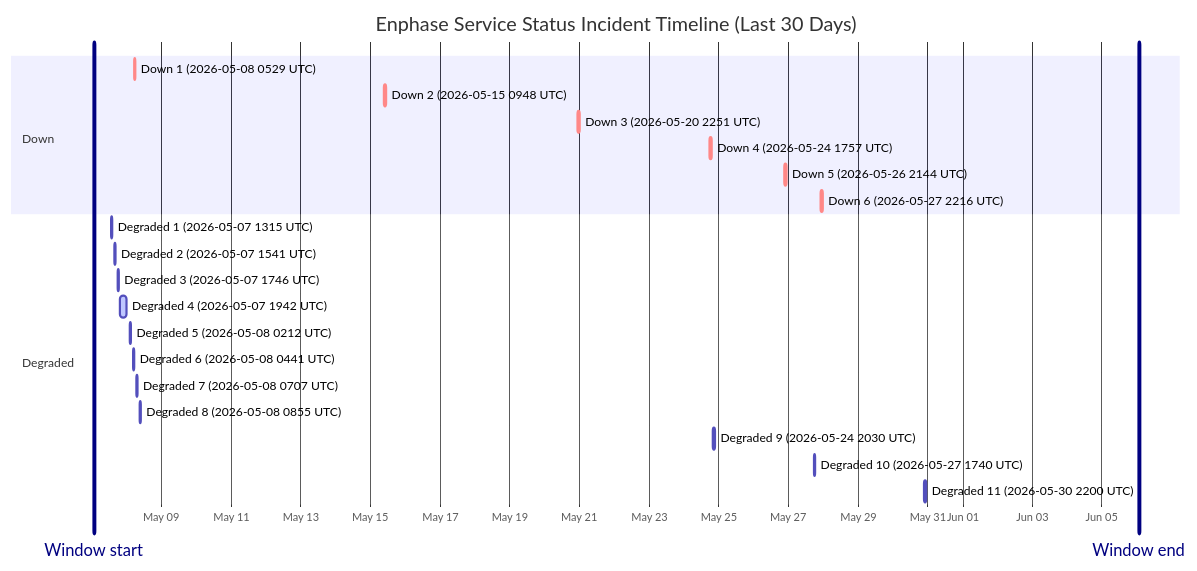
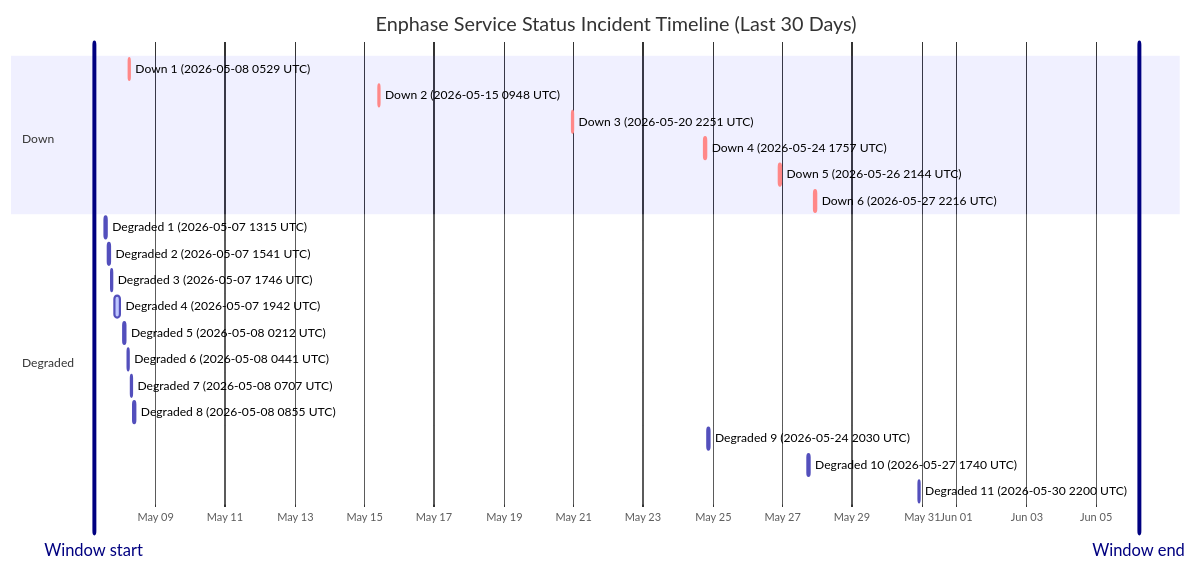
Before and after one commit to barneyonline/ha-enphase-energy: the diagram in wiki/Service-Status-History.md, drawn with Mermaid. The commit also changed other lines of this file and 3 other files, not shown here.

````diff
--- a/wiki/Service-Status-History.md
+++ b/wiki/Service-Status-History.md
@@ -14,27 +14,27 @@
 ```mermaid
 gantt
     title Enphase Service Status Incident Timeline (Last 30 Days)
     dateFormat  YYYY-MM-DDTHH:mm:ss
     axisFormat  %b %d
-    Window start :vert, window-start, 2026-05-07T01:27:50, 0ms
-    Window end :vert, window-end, 2026-06-06T01:27:50, 0ms
+    Window start :vert, window-start, 2026-05-07T05:32:11, 0ms
+    Window end :vert, window-end, 2026-06-06T05:32:11, 0ms
     section Down
     Down 1 (2026-05-08 0529 UTC) :crit, down-1, 2026-05-08T05:29:47, 60m
     Down 2 (2026-05-15 0948 UTC) :crit, down-2, 2026-05-15T09:48:18, 60m
     Down 3 (2026-05-20 2251 UTC) :crit, down-3, 2026-05-20T22:51:14, 75m
     Down 4 (2026-05-24 1757 UTC) :crit, down-4, 2026-05-24T17:57:41, 86m
     Down 5 (2026-05-26 2144 UTC) :crit, down-5, 2026-05-26T21:44:11, 85m
     Down 6 (2026-05-27 2216 UTC) :crit, down-6, 2026-05-27T22:16:53, 87m
     section Degraded
     Degraded 1 (2026-05-07 1315 UTC) :active, degraded-1, 2026-05-07T13:15:25, 60m
     Degraded 2 (2026-05-07 1541 UTC) :active, degraded-2, 2026-05-07T15:41:58, 60m
     Degraded 3 (2026-05-07 1746 UTC) :active, degraded-3, 2026-05-07T17:46:51, 60m
     Degraded 4 (2026-05-07 1942 UTC) :active, degraded-4, 2026-05-07T19:42:10, 249m
     Degraded 5 (2026-05-08 0212 UTC) :active, degraded-5, 2026-05-08T02:12:39, 60m
     Degraded 6 (2026-05-08 0441 UTC) :active, degraded-6, 2026-05-08T04:41:46, 60m
     Degraded 7 (2026-05-08 0707 UTC) :active, degraded-7, 2026-05-08T07:07:30, 60m
     Degraded 8 (2026-05-08 0855 UTC) :active, degraded-8, 2026-05-08T08:55:20, 88m
     Degraded 9 (2026-05-24 2030 UTC) :active, degraded-9, 2026-05-24T20:30:57, 84m
     Degraded 10 (2026-05-27 1740 UTC) :active, degraded-10, 2026-05-27T17:40:52, 60m
     Degraded 11 (2026-05-30 2200 UTC) :active, degraded-11, 2026-05-30T22:00:37, 60m
 ```
````
